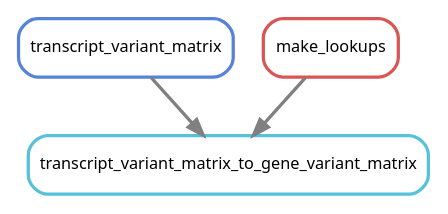
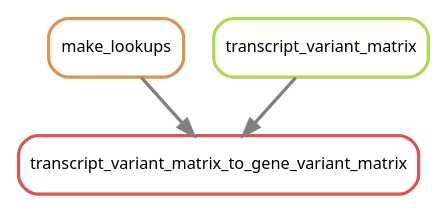
The diagram in doc/source/images/exome_variants.dot (NCBI-Hackathons/Pharmacogenomics_Prediction_Pipeline_P3), drawn with Graphviz before and after one commit. The commit also changed 28 other files, not shown here.

```diff
--- a/doc/source/images/exome_variants.dot
+++ b/doc/source/images/exome_variants.dot
@@ -1,10 +1,10 @@
 digraph snakemake_dag {
     graph[bgcolor=white, margin=0];
     node[shape=box, style=rounded, fontname=sans,                 fontsize=10, penwidth=2];
     edge[penwidth=2, color=grey];
-	0[label = "transcript_variant_matrix_to_gene_variant_matrix", color = "0.53 0.6 0.85", style="rounded"];
-	1[label = "transcript_variant_matrix", color = "0.61 0.6 0.85", style="rounded"];
-	2[label = "make_lookups", color = "0.00 0.6 0.85", style="rounded"];
+	0[label = "transcript_variant_matrix_to_gene_variant_matrix", color = "0.00 0.6 0.85", style="rounded"];
+	1[label = "make_lookups", color = "0.08 0.6 0.85", style="rounded"];
+	2[label = "transcript_variant_matrix", color = "0.22 0.6 0.85", style="rounded"];
 	1 -> 0
 	2 -> 0
 }            
```
